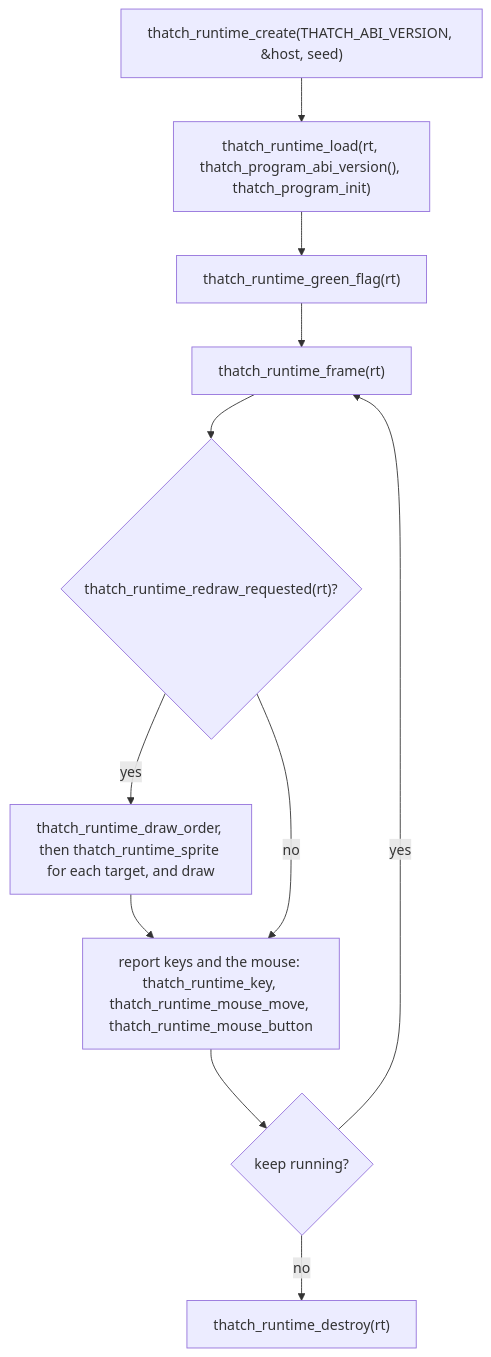
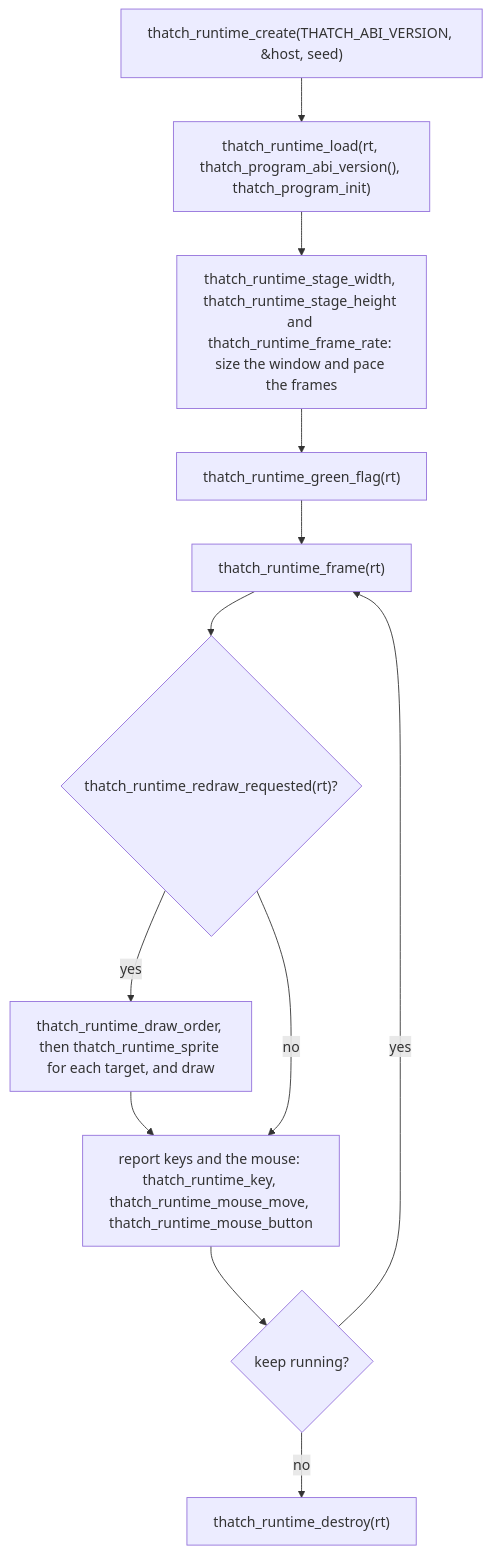
One commit to AstroBlocksMod/thatch changed the diagram in docs/abi.md. Above: the diagram before and after it, drawn with Mermaid. The commit also changed other lines of this file and 10 other files, not shown here.

First line of the commit message:
Report the stage size and frame rate from the runtime (#8)

````diff
--- a/docs/abi.md
+++ b/docs/abi.md
@@ -96,12 +96,13 @@
 ```mermaid
 flowchart TD
     create["thatch_runtime_create(THATCH_ABI_VERSION, &host, seed)"] --> load["thatch_runtime_load(rt, thatch_program_abi_version(), thatch_program_init)"]
-    load --> flag["thatch_runtime_green_flag(rt)"]
+    load --> stage["thatch_runtime_stage_width, thatch_runtime_stage_height and thatch_runtime_frame_rate: size the window and pace the frames"]
+    stage --> flag["thatch_runtime_green_flag(rt)"]
     flag --> frame["thatch_runtime_frame(rt)"]
     frame --> redraw{"thatch_runtime_redraw_requested(rt)?"}
     redraw -->|yes| draw["thatch_runtime_draw_order, then thatch_runtime_sprite for each target, and draw"] --> input
     redraw -->|no| input["report keys and the mouse: thatch_runtime_key, thatch_runtime_mouse_move, thatch_runtime_mouse_button"]
     input --> more{"keep running?"}
     more -->|yes| frame
     more -->|no| destroy["thatch_runtime_destroy(rt)"]
 ```
````
